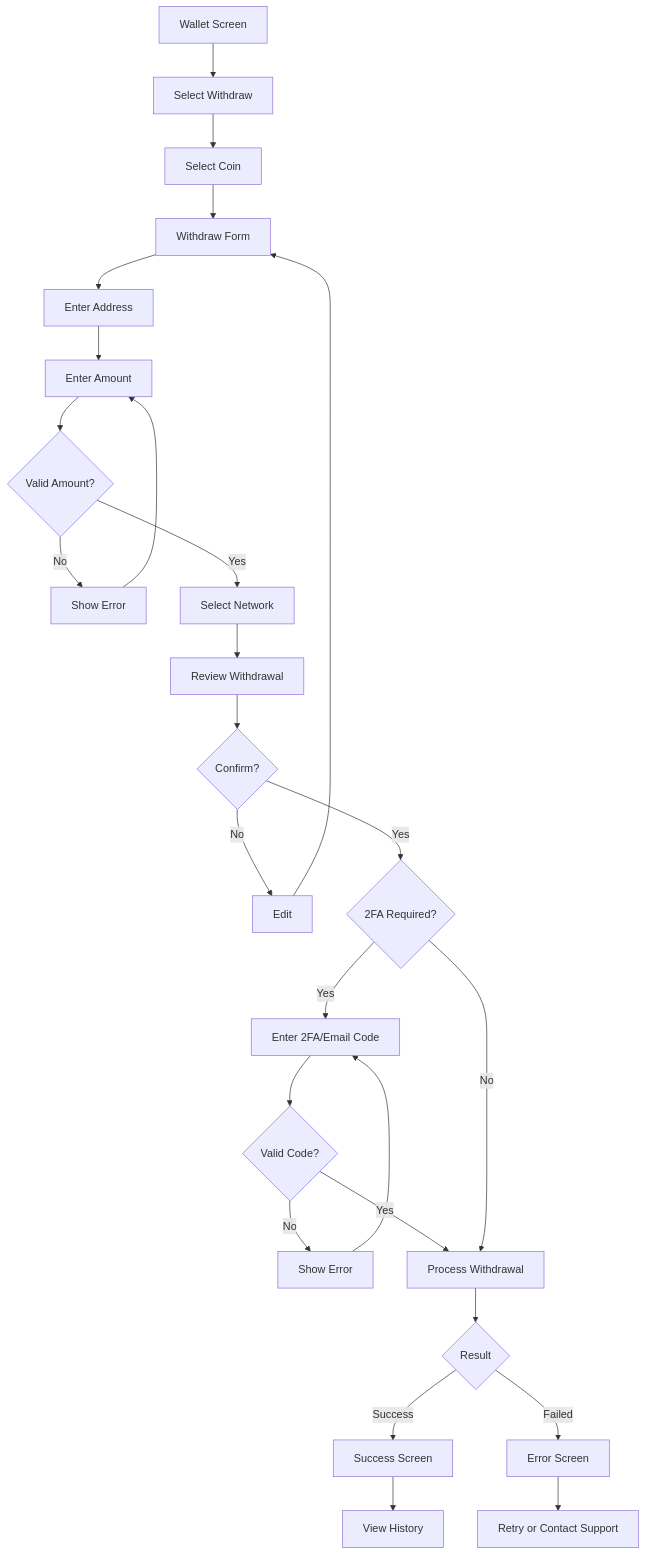
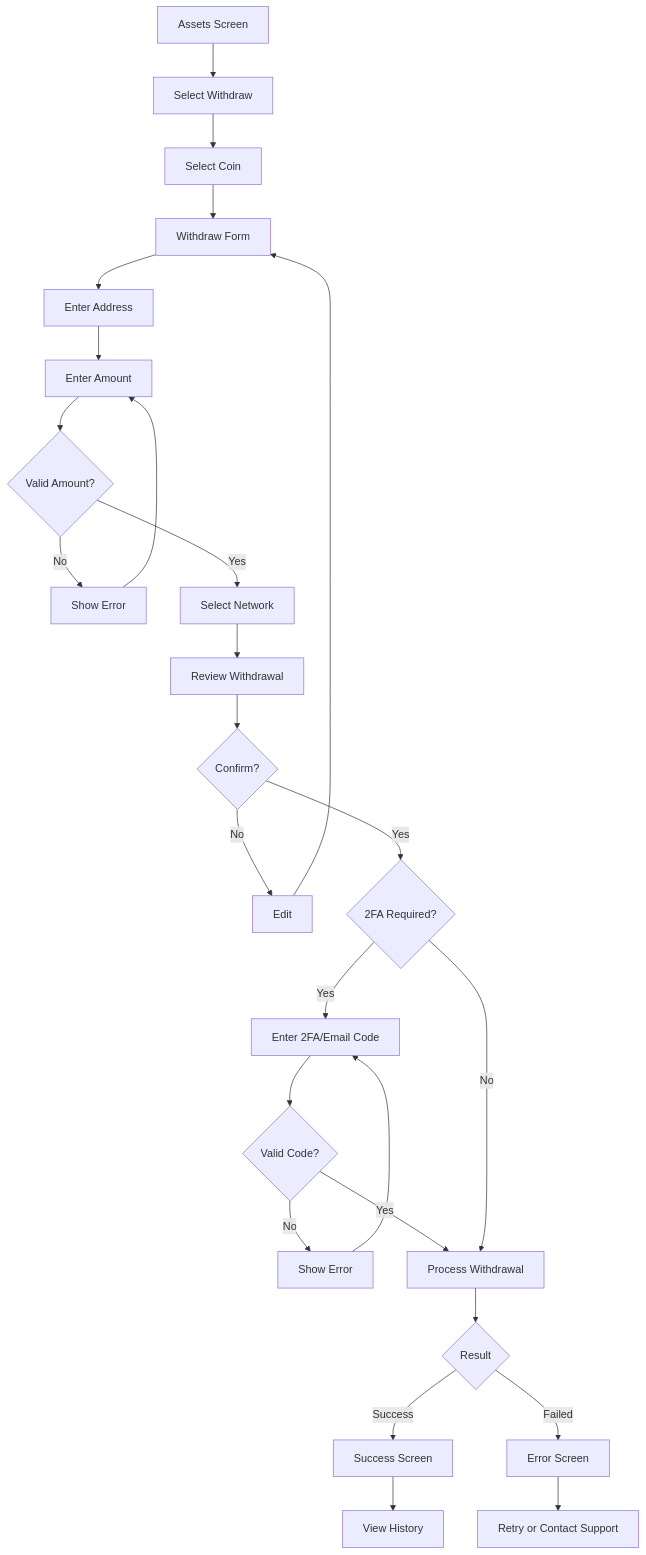
The fifth of 7 diagrams in docs/13-screen-flows-navigation.md (pavan53732/Binance-clone-), drawn with Mermaid before and after one commit. The commit also changed other lines of this file and 5 other files, not shown here.

````diff
--- a/docs/13-screen-flows-navigation.md
+++ b/docs/13-screen-flows-navigation.md
@@ -256,28 +264,28 @@
 ```mermaid
 flowchart TD
-    A[Wallet Screen] --> B[Select Withdraw]
+    A[Assets Screen] --> B[Select Withdraw]
     B --> C[Select Coin]
     C --> D[Withdraw Form]
     D --> E[Enter Address]
     E --> F[Enter Amount]
     F --> G{Valid Amount?}
     G -->|No| H[Show Error]
     H --> F
     G -->|Yes| I[Select Network]
     I --> J[Review Withdrawal]
     J --> K{Confirm?}
     K -->|No| L[Edit]
     L --> D
     K -->|Yes| M{2FA Required?}
     M -->|Yes| N[Enter 2FA/Email Code]
     N --> O{Valid Code?}
     O -->|No| P[Show Error]
     P --> N
     O -->|Yes| Q[Process Withdrawal]
     M -->|No| Q
     Q --> R{Result}
     R -->|Success| S[Success Screen]
     R -->|Failed| T[Error Screen]
     S --> U[View History]
     T --> V[Retry or Contact Support]
 ```
````
